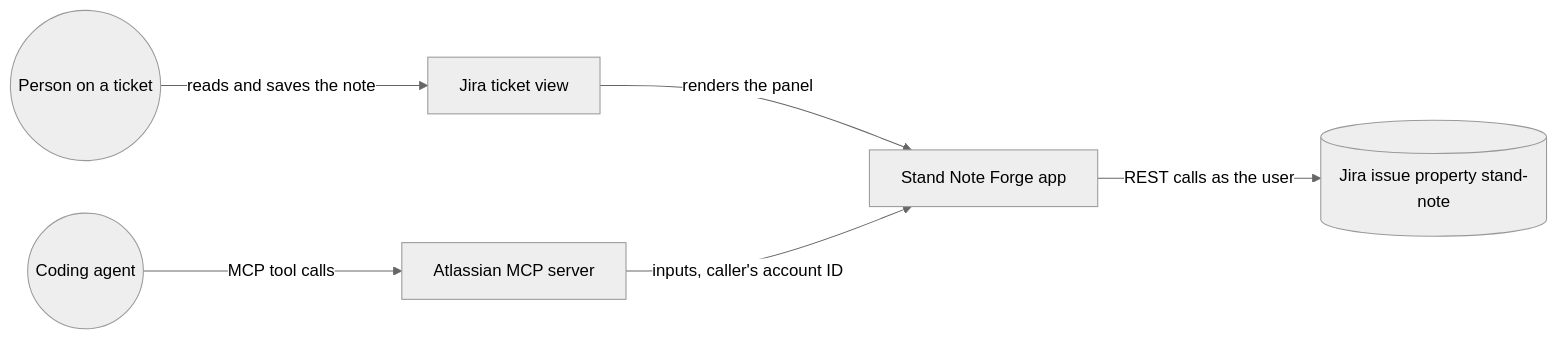
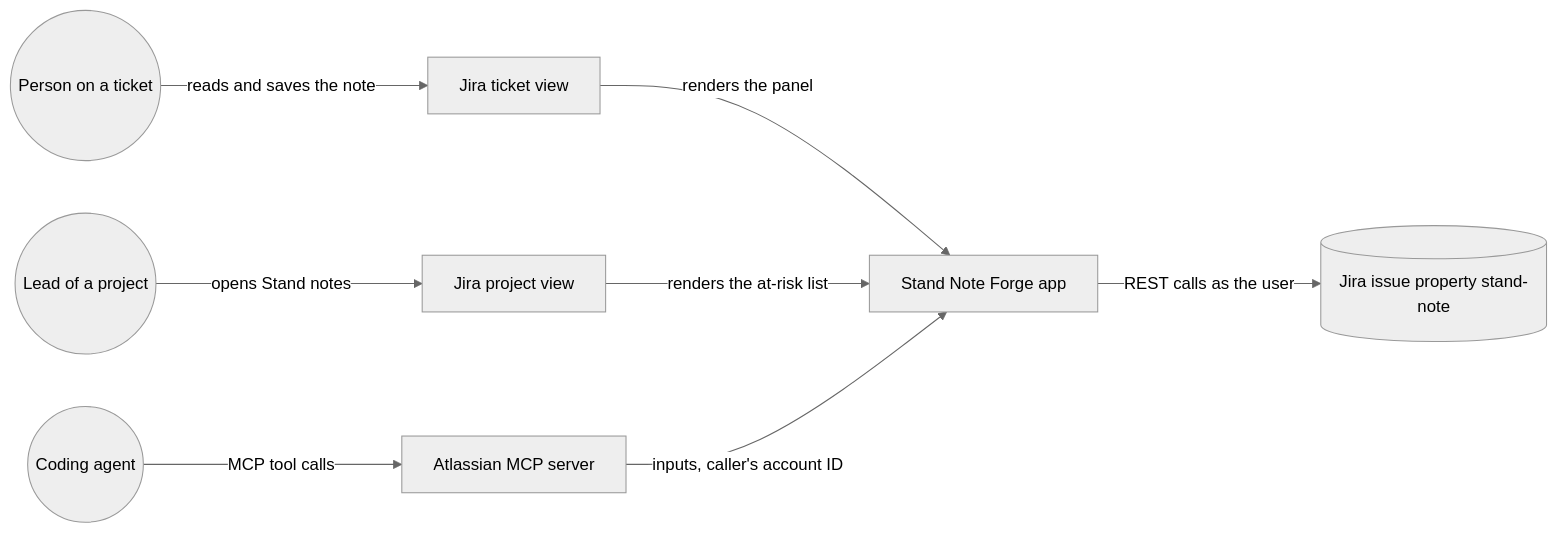
Before and after one commit to dzaffren/dogear: the first of 2 diagrams in docs/ARCHITECTURE.md, drawn with Mermaid (neutral theme). The commit also changed other lines of this file and 19 other files, not shown here.

First line of the commit message:
feat(app): list the in-progress tickets with no current stand note (#3)

````diff
--- a/docs/ARCHITECTURE.md
+++ b/docs/ARCHITECTURE.md
@@ -7,8 +7,10 @@
 ```mermaid
 flowchart LR
     U((Person on a ticket)) -- "reads and saves the note" --> J[Jira ticket view]
     J -- "renders the panel" --> A[Stand Note Forge app]
+    L((Lead of a project)) -- "opens Stand notes" --> PP[Jira project view]
+    PP -- "renders the at-risk list" --> A
     G((Coding agent)) -- "MCP tool calls" --> M[Atlassian MCP server]
     M -- "inputs, caller's account ID" --> A
     A -- "REST calls as the user" --> P[(Jira issue property stand-note)]
 ```
````
